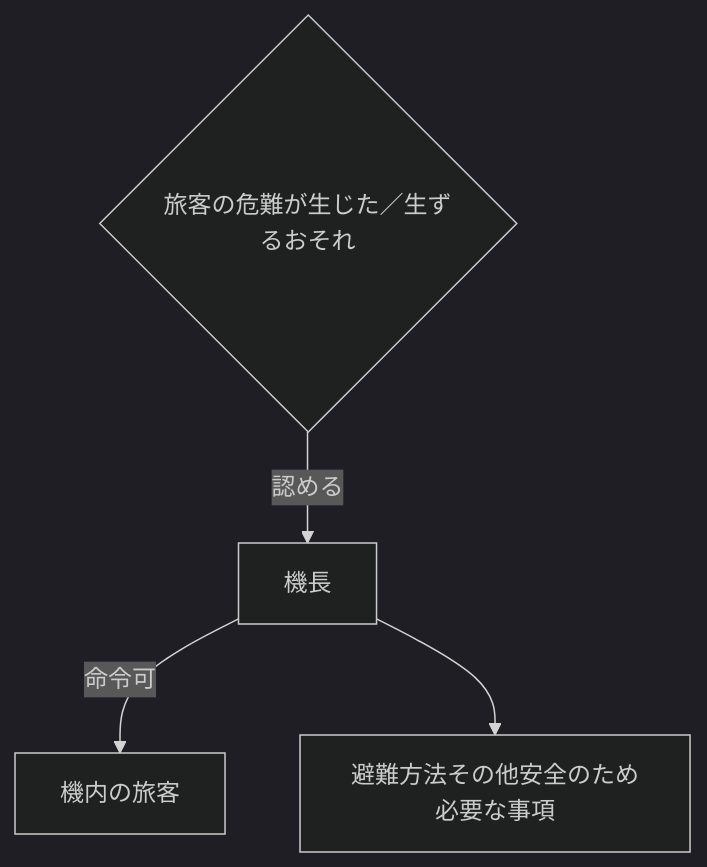
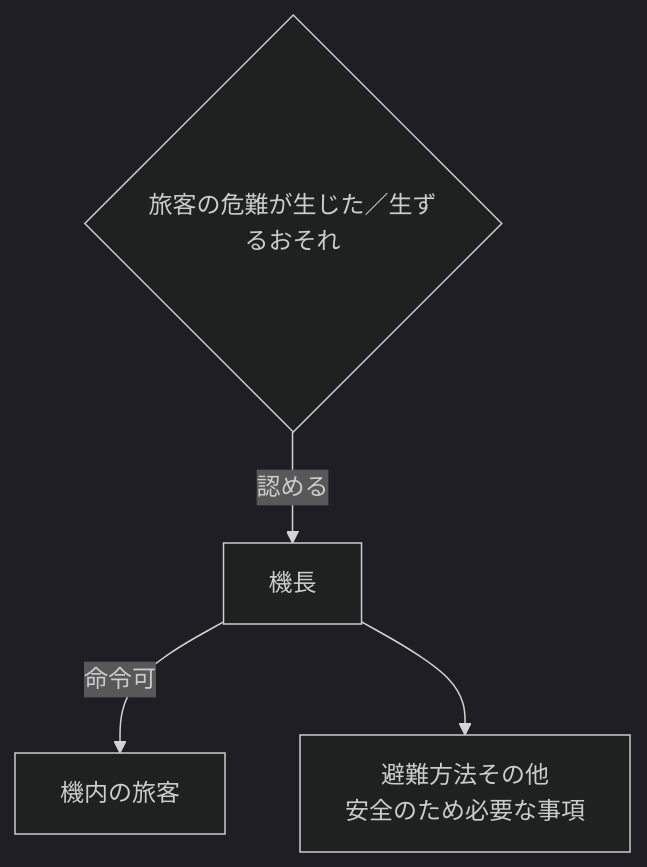
Before and after one commit to yonemotoBB/pil: the ninth of 30 diagrams in chapters/06_第六章.md, drawn with Mermaid (dark theme). The commit also changed other lines of this file, not shown here.

````diff
--- a/chapters/06_第六章.md
+++ b/chapters/06_第六章.md
@@ -588,6 +588,6 @@
 ```mermaid
 flowchart TD
   A{"旅客の危難が生じた／生ずるおそれ"} -->|認める| B["機長"]
   B -->|命令可| C["機内の旅客"]
-  B --> Dd["避難方法その他安全のため必要な事項"]
+  B --> Dd["避難方法その他<br>安全のため必要な事項"]
 ```
````
